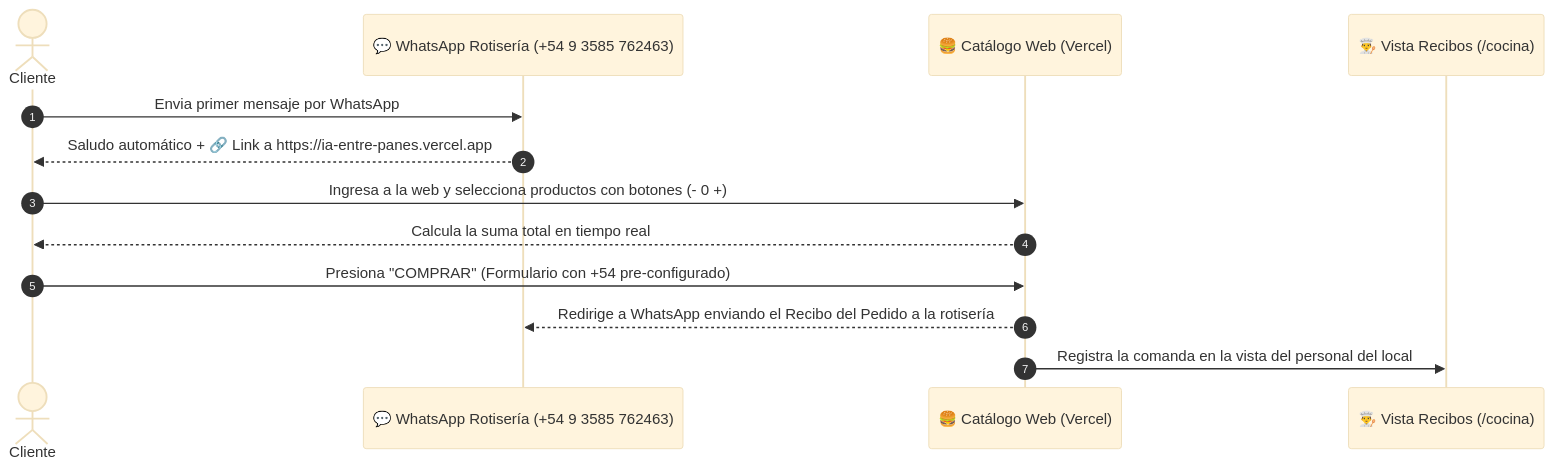
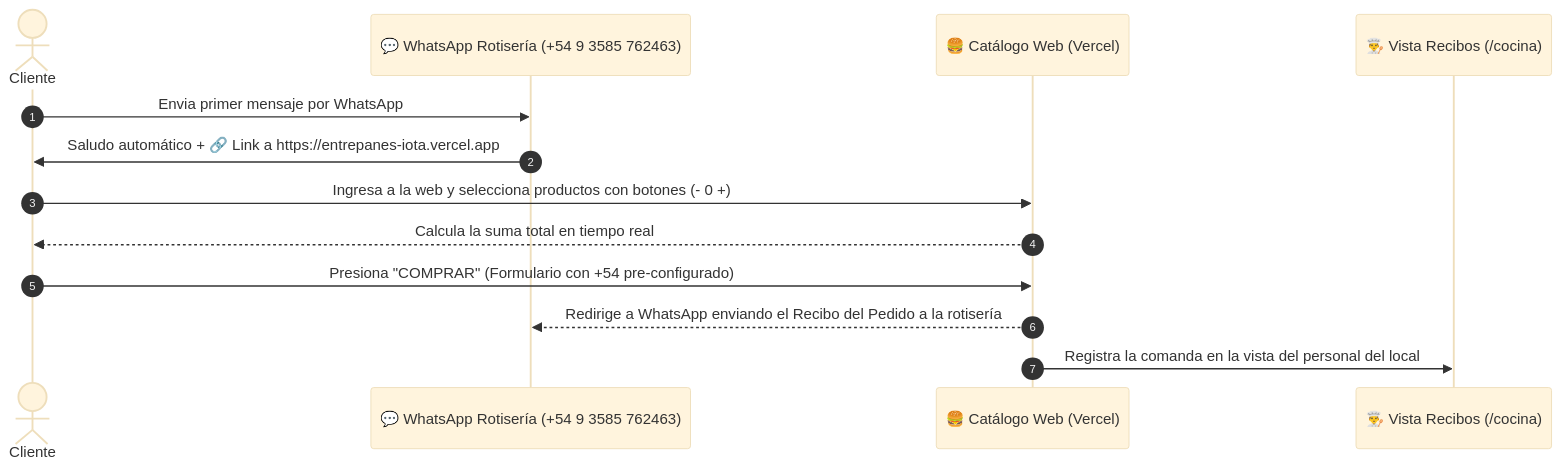
Before and after one commit to naahuel2558/Proyecto-catalogo-automatizado: the diagram in README.md, drawn with Mermaid (base theme). The commit also changed other lines of this file and 4 other files, not shown here.

````diff
--- a/README.md
+++ b/README.md
@@ -18,16 +18,16 @@
 ```mermaid
 sequenceDiagram
     autonumber
     actor Cliente
     participant WA as 💬 WhatsApp Rotisería (+54 9 3585 762463)
     participant Web as 🍔 Catálogo Web (Vercel)
     participant Cocina as 👨‍🍳 Vista Recibos (/cocina)
 
     Cliente->>WA: Envia primer mensaje por WhatsApp
-    WA-->>Cliente: Saludo automático + 🔗 Link a https://ia-entre-panes.vercel.app
+    WA->>Cliente: Saludo automático + 🔗 Link a https://entrepanes-iota.vercel.app
     Cliente->>Web: Ingresa a la web y selecciona productos con botones (- 0 +)
     Web-->>Cliente: Calcula la suma total en tiempo real
     Cliente->>Web: Presiona "COMPRAR" (Formulario con +54 pre-configurado)
     Web-->>WA: Redirige a WhatsApp enviando el Recibo del Pedido a la rotisería
     Web->>Cocina: Registra la comanda en la vista del personal del local
 ```
````
